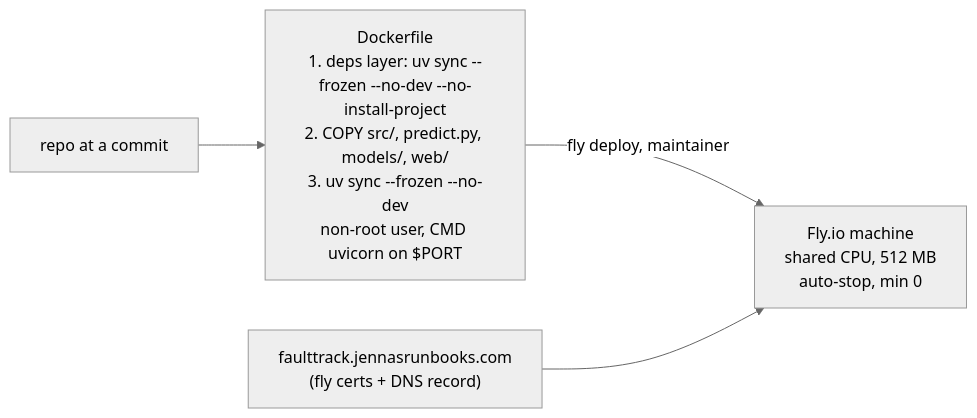
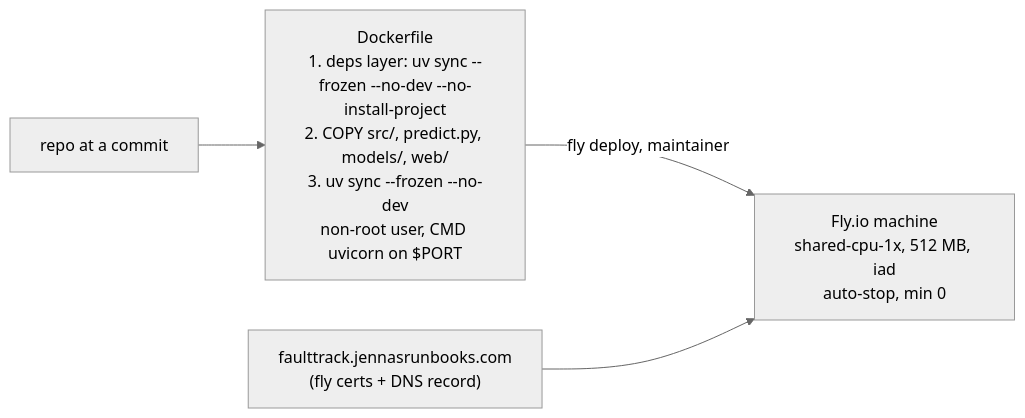
One commit to jennasrunbooks/faulttrack changed the fifth of 5 diagrams in docs/architecture.md. Above: the diagram before and after it, drawn with Mermaid (neutral theme). The commit also changed other lines of this file and 6 other files, not shown here.

````diff
--- a/docs/architecture.md
+++ b/docs/architecture.md
@@ -167,6 +168,6 @@
 ```mermaid
 flowchart LR
     SRC["repo at a commit"] --> IMG["Dockerfile<br/>1. deps layer: uv sync --frozen --no-dev --no-install-project<br/>2. COPY src/, predict.py, models/, web/<br/>3. uv sync --frozen --no-dev<br/>non-root user, CMD uvicorn on $PORT"]
-    IMG -->|fly deploy, maintainer| FLY["Fly.io machine<br/>shared CPU, 512 MB<br/>auto-stop, min 0"]
+    IMG -->|fly deploy, maintainer| FLY["Fly.io machine<br/>shared-cpu-1x, 512 MB, iad<br/>auto-stop, min 0"]
     DNS["faulttrack.jennasrunbooks.com<br/>(fly certs + DNS record)"] --> FLY
 ```
````
